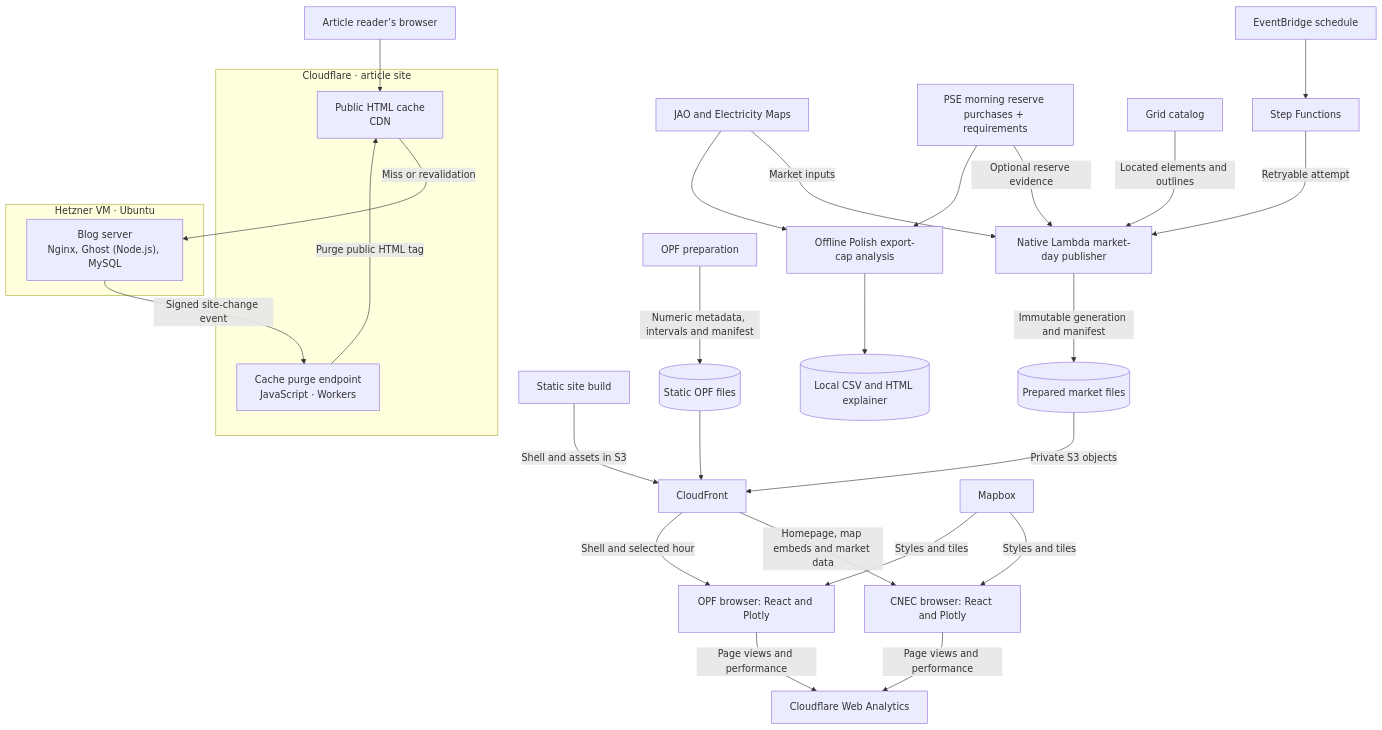
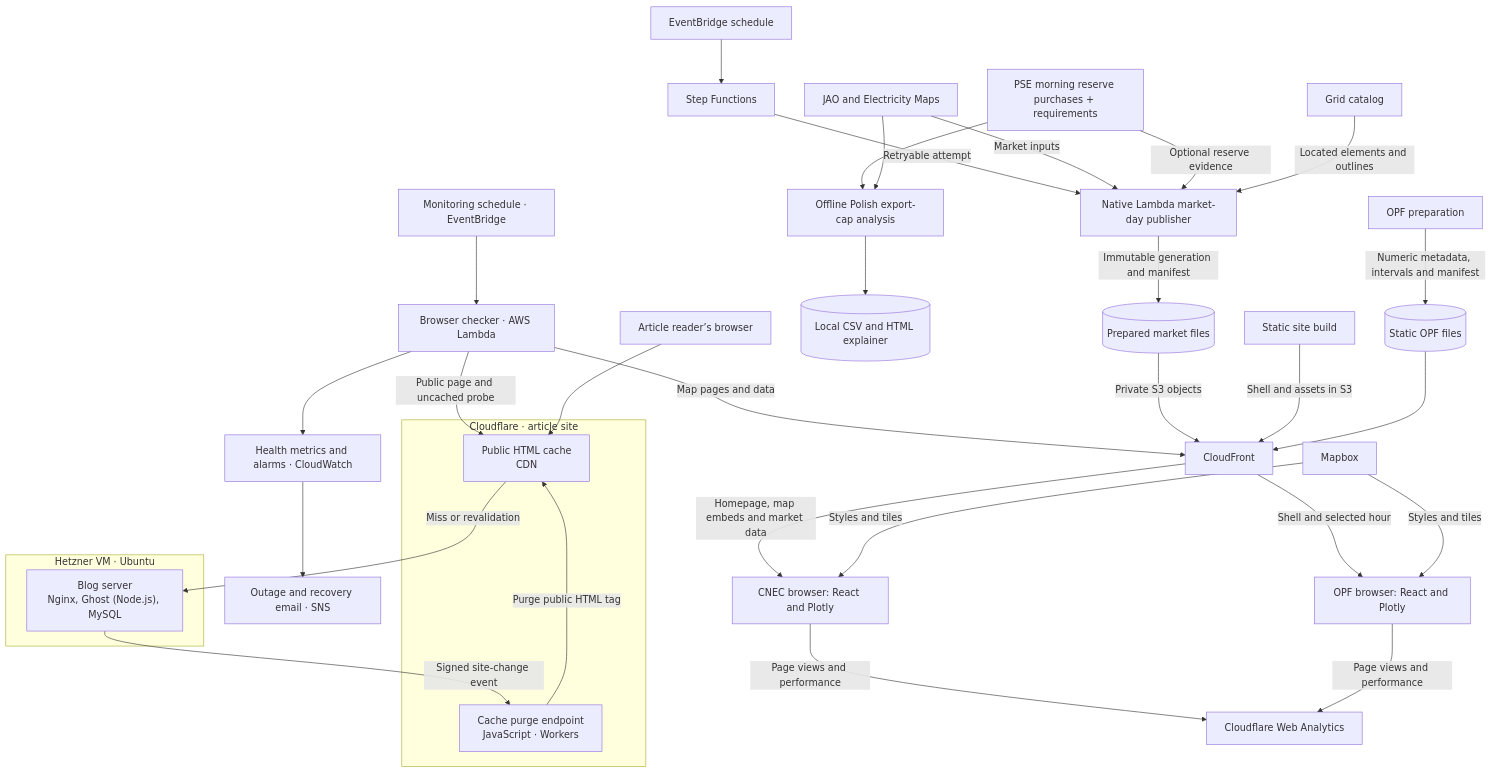
Before and after one commit to zoltanmaric/coppersushi: the diagram in README.md, drawn with Mermaid. The commit also changed other lines of this file and 11 other files, not shown here.

Commit message:
Schedule website monitoring with managed outage emails

````diff
--- a/README.md
+++ b/README.md
@@ -45,40 +46,46 @@
 ```mermaid
 flowchart TB
+    monitorSchedule["Monitoring schedule · EventBridge"] --> monitor["Browser checker · AWS Lambda"]
+    monitor -->|Public page and uncached probe| articleedge
+    monitor -->|Map pages and data| edge
+    monitor --> health["Health metrics and alarms · CloudWatch"]
+    health --> notify["Outage and recovery email · SNS"]
+    click monitor "https://github.com/zoltanmaric/coppersushi/blob/main/monitoring/README.md" "Website monitoring"
     articles["Article reader’s browser"]
     subgraph articlecloudflare["Cloudflare · article site"]
         articleedge["Public HTML cache<br/>CDN"]
         purge["Cache purge endpoint<br/>JavaScript · Workers"]
     end
     subgraph articlehetzner["Hetzner VM · Ubuntu"]
         articlehost["Blog server<br/>Nginx, Ghost (Node.js), MySQL"]
     end
     articles --> articleedge
     articleedge -->|Miss or revalidation| articlehost
     articlehost -->|Signed site-change event| purge
     purge -->|Purge public HTML tag| articleedge
     click articlehost "https://github.com/zoltanmaric/coppersushi/blob/main/121gigawatts/hosting/README.md" "Ghost hosting"
     click purge "https://github.com/zoltanmaric/coppersushi/blob/main/121gigawatts/hosting/README.md#public-page-caching" "Cache purge endpoint"
     schedule["EventBridge schedule"] --> workflow["Step Functions"]
     workflow -->|Retryable attempt| publication
     market["JAO and Electricity Maps"] -->|Market inputs| publication["Native Lambda market-day publisher"]
     pse["PSE morning reserve purchases + requirements"] -->|Optional reserve evidence| publication
     pse --> investigation["Offline Polish export-cap analysis"]
     market --> investigation
     investigation --> research[("Local CSV and HTML explainer")]
     catalog["Grid catalog"] -->|Located elements and outlines| publication
     publication -->|Immutable generation and manifest| prepared[("Prepared market files")]
     prepared -->|Private S3 objects| edge["CloudFront"]
     build["Static site build"] -->|Shell and assets in S3| edge
     edge -->|Homepage, map embeds and market data| browser["CNEC browser: React and Plotly"]
     opf["OPF preparation"] -->|Numeric metadata, intervals and manifest| opffiles[("Static OPF files")]
     opffiles --> edge
     edge -->|Shell and selected hour| opfbrowser["OPF browser: React and Plotly"]
     maps["Mapbox"] -->|Styles and tiles| browser
     maps -->|Styles and tiles| opfbrowser
     browser -->|Page views and performance| analytics["Cloudflare Web Analytics"]
     opfbrowser -->|Page views and performance| analytics
     click catalog "https://github.com/zoltanmaric/coppersushi/blob/main/coppersushi/pipelines/grid/README.md" "Grid catalog"
     click opf "https://github.com/zoltanmaric/coppersushi/blob/main/coppersushi/pipelines/powerflow/README.md" "OPF"
     click publication "https://github.com/zoltanmaric/coppersushi/blob/main/coppersushi/pipelines/cnec/README.md" "Publication"
     click browser "https://github.com/zoltanmaric/coppersushi/blob/main/coppersushi/frontend/README.md" "CNEC browser"
 ```
````
